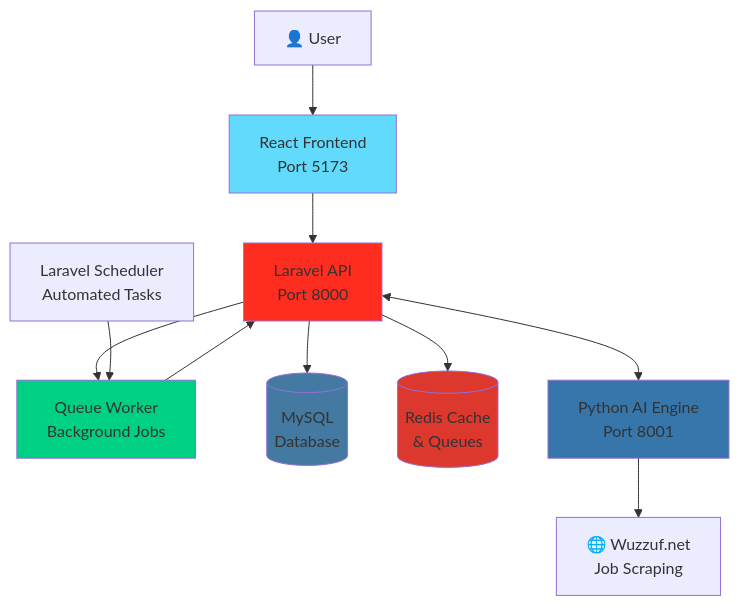
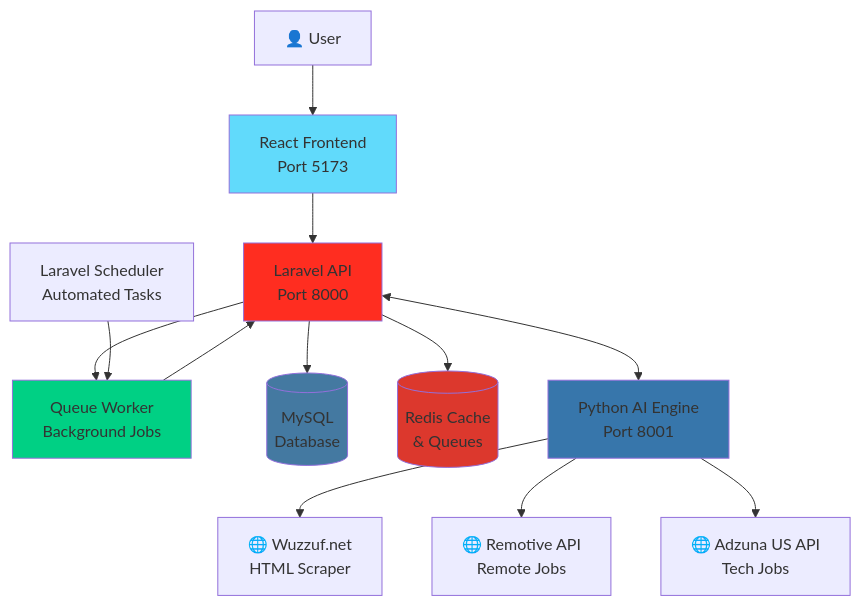
The first of 5 diagrams in README.md (YousefAlTohamy/Graduation-project), drawn with Mermaid before and after one commit. The commit also changed other lines of this file, not shown here.

Commit message:
feat: Document multi-source job scraping, new admin UI for source management, expanded API endpoints, and updated testing procedures.

````diff
--- a/README.md
+++ b/README.md
@@ -18,19 +18,21 @@
 ```mermaid
 graph TB
     User[👤 User] --> Frontend[React Frontend<br/>Port 5173]
     Frontend --> Laravel[Laravel API<br/>Port 8000]
     Laravel --> Queue[Queue Worker<br/>Background Jobs]
     Laravel --> MySQL[(MySQL<br/>Database)]
     Laravel --> Redis[(Redis Cache<br/>& Queues)]
     Laravel <--> AI[Python AI Engine<br/>Port 8001]
-    AI --> Wuzzuf[🌐 Wuzzuf.net<br/>Job Scraping]
+    AI --> Wuzzuf[🌐 Wuzzuf.net<br/>HTML Scraper]
+    AI --> Remotive[🌐 Remotive API<br/>Remote Jobs]
+    AI --> Adzuna[🌐 Adzuna US API<br/>Tech Jobs]
     Queue --> Laravel
     Scheduler[Laravel Scheduler<br/>Automated Tasks] --> Queue
 
     style Frontend fill:#61dafb
     style Laravel fill:#ff2d20
     style AI fill:#3776ab
     style MySQL fill:#4479a1
     style Redis fill:#dc382d
     style Queue fill:#00d084
 ```
````
